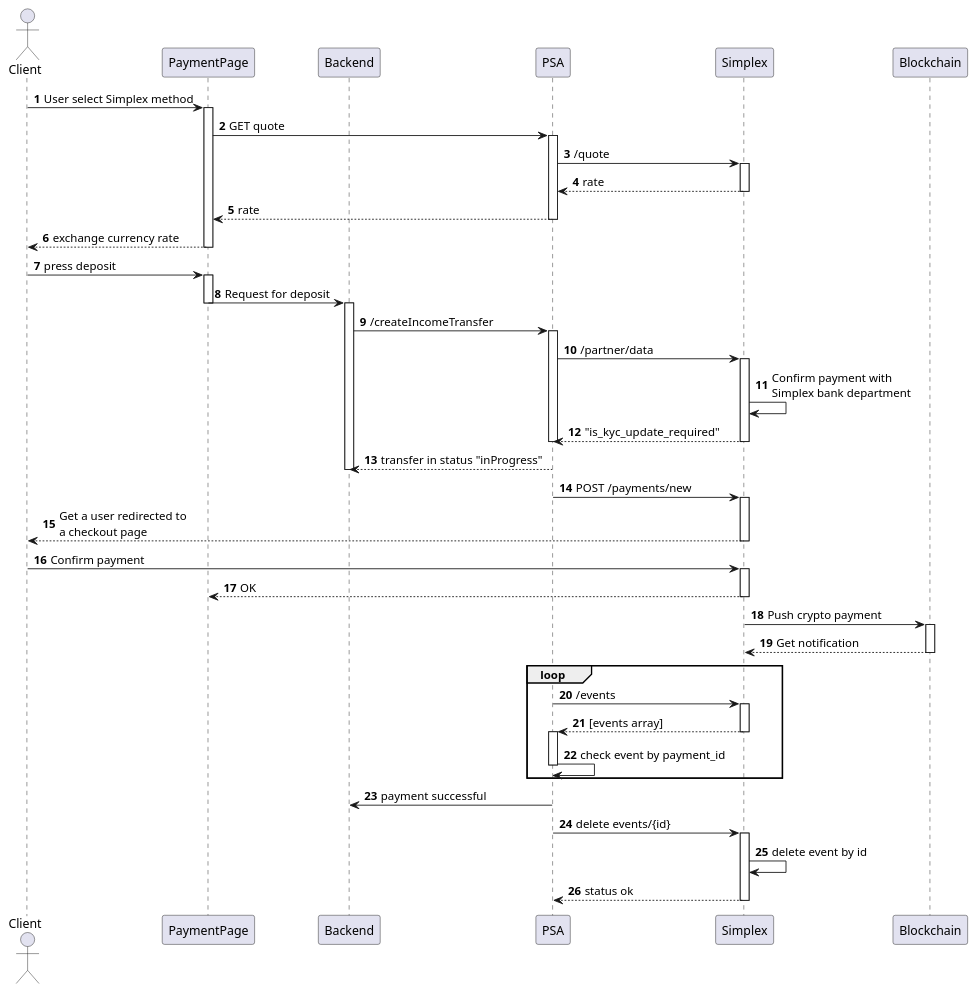
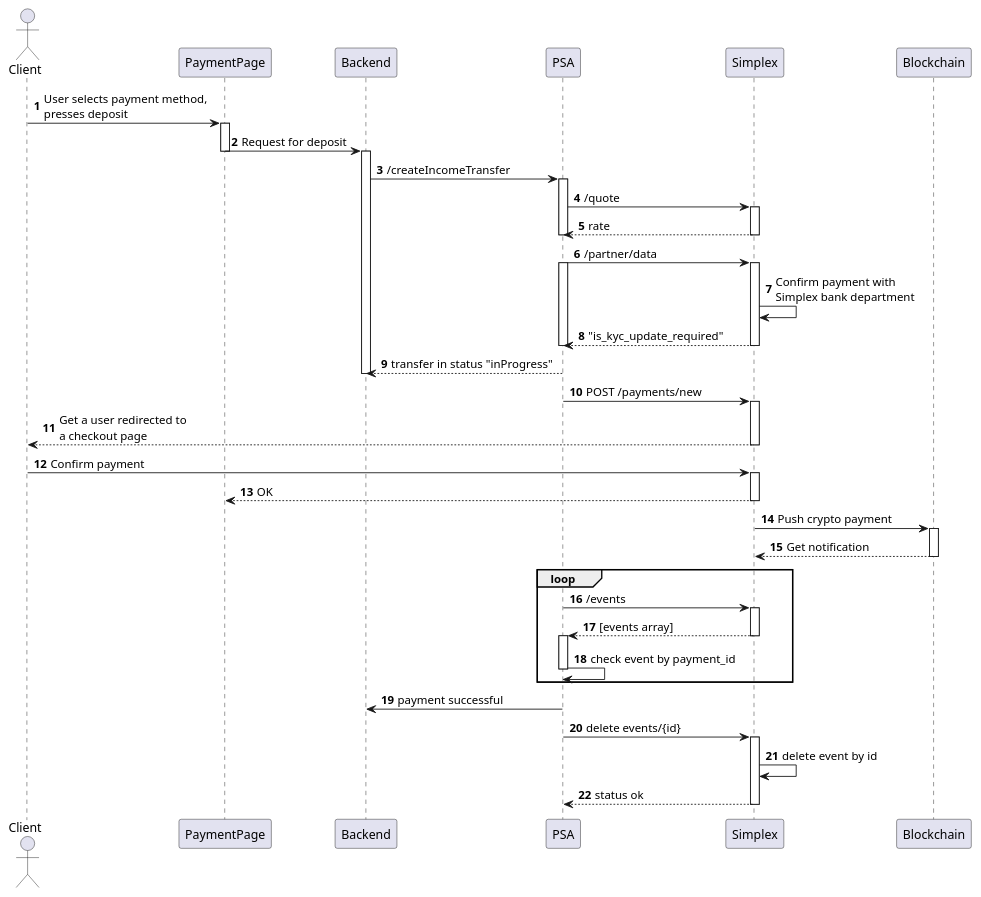
The diagram in UML practice/docs/diagrams/src/OMEGA-244 Card deposits Simplex via PSA/Simplex-Card-PSA-in.wsd (milovdg/UMLPractice), drawn with PlantUML before and after one commit. The commit also changed 4 other files, not shown here.

```diff
--- a/UML practice/docs/diagrams/src/OMEGA-244 Card deposits Simplex via PSA/Simplex-Card-PSA-in.wsd
+++ b/UML practice/docs/diagrams/src/OMEGA-244 Card deposits Simplex via PSA/Simplex-Card-PSA-in.wsd
@@ -1,87 +1,71 @@
 @startuml
 autonumber
 
 actor Client
 participant PaymentPage
 participant Backend
 participant PSA
 participant Simplex
 participant Blockchain
 
 
-Client -> PaymentPage: User select Simplex method
-activate PaymentPage
-
-PaymentPage -> PSA: GET quote
-activate PSA
-
-PSA -> Simplex: /quote
-activate Simplex
-
-Simplex --> PSA: rate
-deactivate Simplex
-
-PSA --> PaymentPage: rate
-deactivate PSA
-
-PaymentPage --> Client --: exchange currency rate
-deactivate Client
-
-
-Client -> PaymentPage: press deposit
+Client -> PaymentPage: User selects payment method, \npresses deposit
 activate PaymentPage
 
 PaymentPage -> Backend --: Request for deposit
 activate Backend
 
-Backend -> PSA: /createIncomeTransfer
+Backend -> PSA ++: /createIncomeTransfer
+
+PSA -> Simplex ++: /quote
+Simplex --> PSA --: rate
+deactivate PSA
+
+PSA -> Simplex ++: /partner/data
 activate PSA
-
-PSA -> Simplex: /partner/data
-activate Simplex
 
 Simplex -> Simplex : Confirm payment with \nSimplex bank department
 
 Simplex --> PSA --: "is_kyc_update_required"
 deactivate Simplex
 deactivate PSA
 
 PSA --> Backend: transfer in status "inProgress"
 deactivate Backend
 
 PSA -> Simplex ++: POST /payments/new
 Simplex --> Client --: Get a user redirected to \na checkout page
 
 Client -> Simplex ++: Confirm payment
 Simplex --> PaymentPage --: OK
 
 Simplex -> Blockchain ++: Push crypto payment
 Blockchain --> Simplex --: Get notification
 
 
 loop
 
 PSA -> Simplex: /events
 activate Simplex
 
 Simplex --> PSA: [events array]
 deactivate Simplex
 
 activate PSA
 PSA -> PSA --: check event by payment_id
 
 end
 
 PSA -> Backend: payment successful
 
 PSA -> Simplex: delete events/{id}
 activate Simplex
 
 Simplex -> Simplex: delete event by id
 
 Simplex --> PSA: status ok
 deactivate Simplex
 
 
 
 @enduml
```
